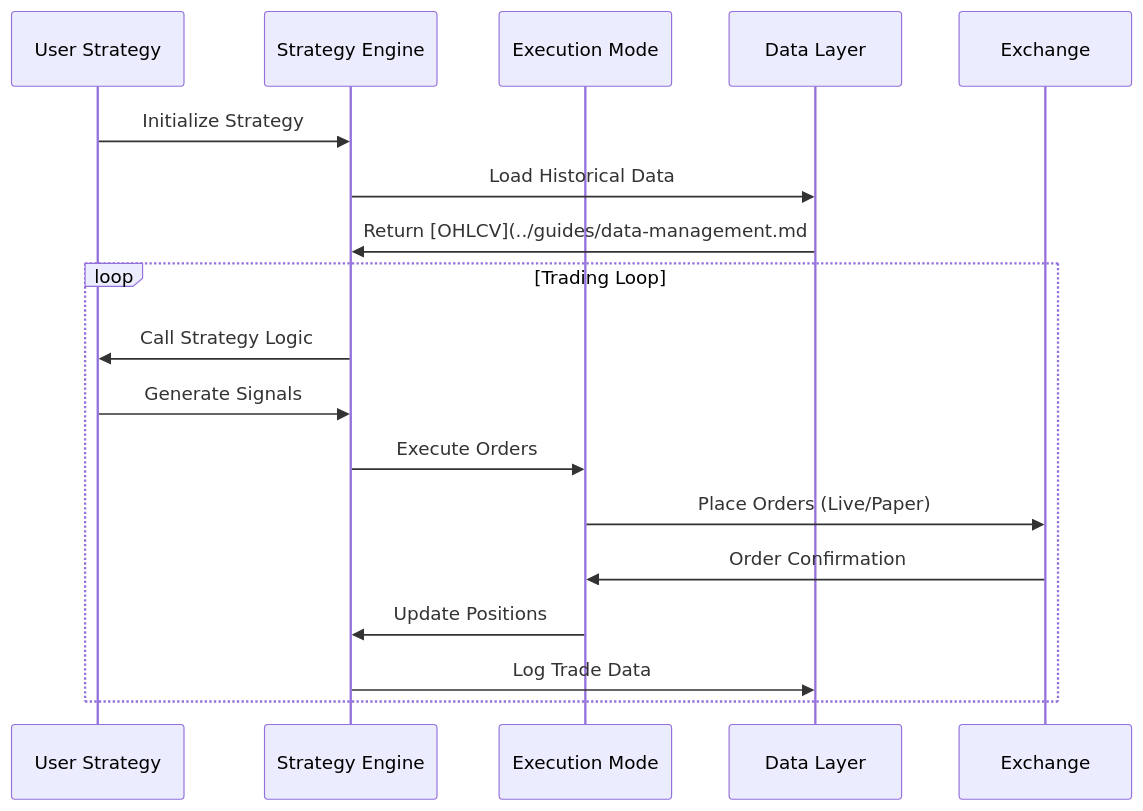
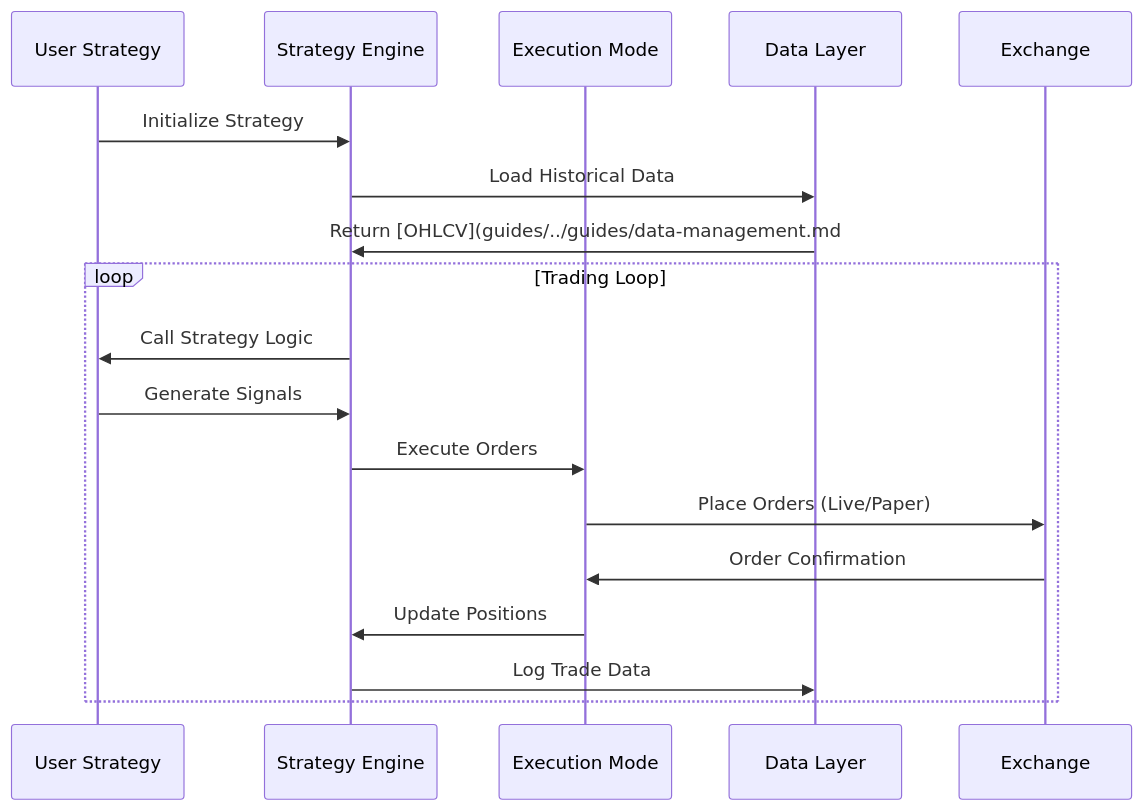
The second of 2 diagrams in docs/src/devdocs.md (BubbleParticles/Planar.jl), drawn with Mermaid before and after one commit. The commit also changed other lines of this file and 61 other files, not shown here.

````diff
--- a/docs/src/devdocs.md
+++ b/docs/src/devdocs.md
@@ -108,22 +108,22 @@
 ```mermaid
 sequenceDiagram
     participant U as User Strategy
     participant S as Strategy Engine
     participant E as Execution Mode
     participant D as Data Layer
     participant X as Exchange
     
     U->>S: Initialize Strategy
     S->>D: Load Historical Data
-    D->>S: Return [OHLCV](../guides/data-management.md#ohlcv-data) Data
+    D->>S: Return [OHLCV](guides/../guides/data-management.md#ohlcv-data) Data
     
     loop Trading Loop
         S->>U: Call Strategy Logic
         U->>S: Generate Signals
         S->>E: Execute Orders
         E->>X: Place Orders (Live/Paper)
         X->>E: Order Confirmation
         E->>S: Update Positions
         S->>D: Log Trade Data
     end
 ```
````
